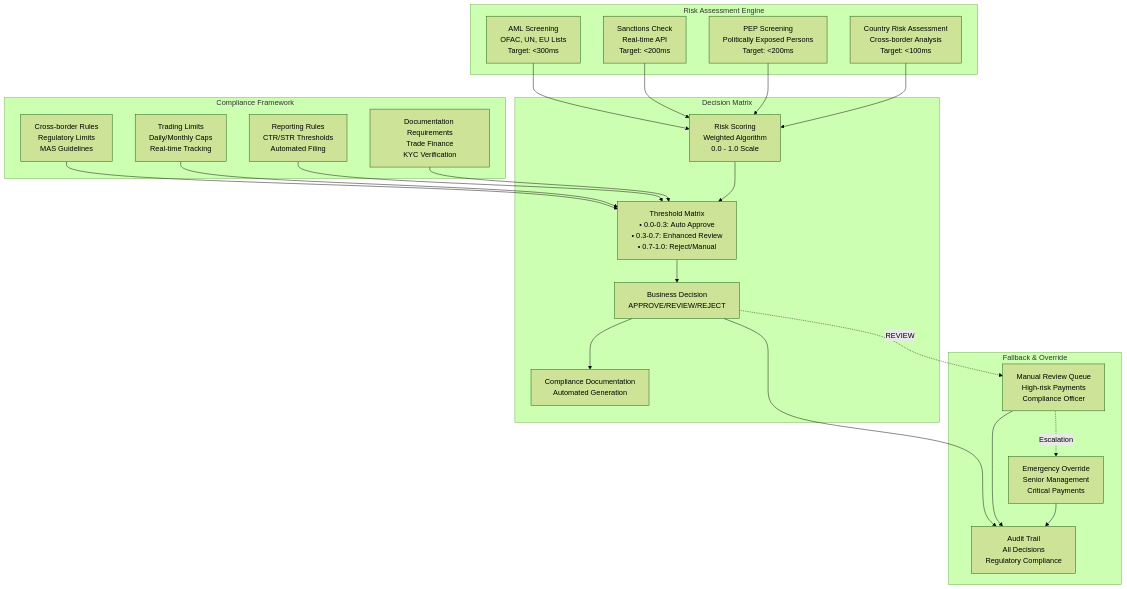
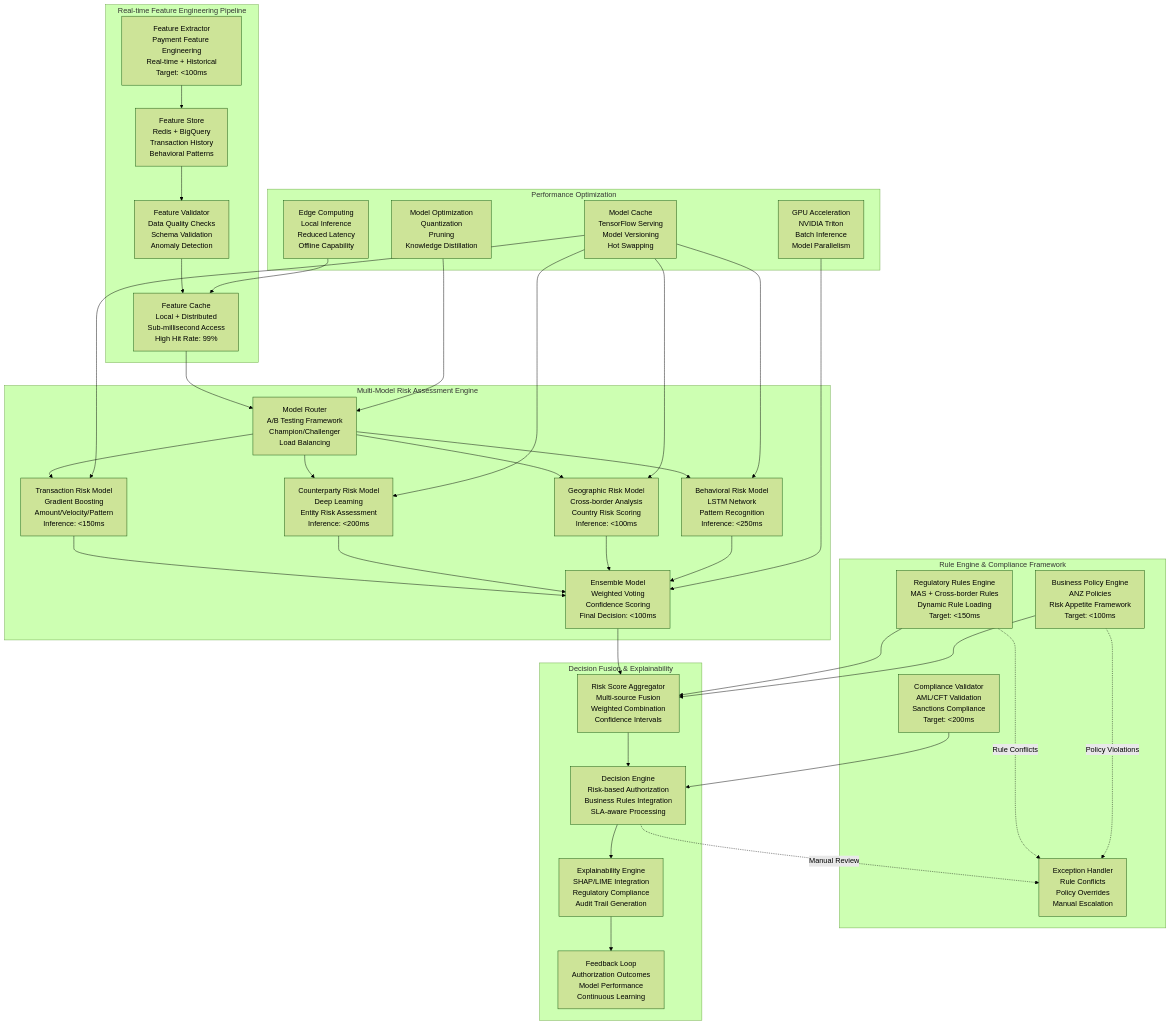
Before and after one commit to hari-p8-io/clearpathgateway: the third of 3 diagrams in docs/diagrams/FAST_OUTWARD_CLEARING_PROCESSOR_TECHNICAL_DIAGRAMS.md, drawn with Mermaid (forest theme). The commit also changed other lines of this file, not shown here.

````diff
--- a/docs/diagrams/FAST_OUTWARD_CLEARING_PROCESSOR_TECHNICAL_DIAGRAMS.md
+++ b/docs/diagrams/FAST_OUTWARD_CLEARING_PROCESSOR_TECHNICAL_DIAGRAMS.md
@@ -555,49 +1148,78 @@
 ```mermaid
 graph TB
-    subgraph "Risk Assessment Engine"
-        AMLScreening[AML Screening<br/>OFAC, UN, EU Lists<br/>Target: <300ms]
-        SanctionsCheck[Sanctions Check<br/>Real-time API<br/>Target: <200ms]
-        PEPScreening[PEP Screening<br/>Politically Exposed Persons<br/>Target: <200ms]
-        CountryRisk[Country Risk Assessment<br/>Cross-border Analysis<br/>Target: <100ms]
+    subgraph "Real-time Feature Engineering Pipeline"
+        FeatureExtractor[Feature Extractor<br/>Payment Feature Engineering<br/>Real-time + Historical<br/>Target: <100ms]
+        FeatureStore[Feature Store<br/>Redis + BigQuery<br/>Transaction History<br/>Behavioral Patterns]
+        FeatureValidator[Feature Validator<br/>Data Quality Checks<br/>Schema Validation<br/>Anomaly Detection]
+        FeatureCache[Feature Cache<br/>Local + Distributed<br/>Sub-millisecond Access<br/>High Hit Rate: 99%]
     end
     
-    subgraph "Compliance Framework"
-        CrossBorderRules[Cross-border Rules<br/>Regulatory Limits<br/>MAS Guidelines]
-        TradingLimits[Trading Limits<br/>Daily/Monthly Caps<br/>Real-time Tracking]
-        ReportingRules[Reporting Rules<br/>CTR/STR Thresholds<br/>Automated Filing]
-        DocumentationReqs[Documentation Requirements<br/>Trade Finance<br/>KYC Verification]
+    subgraph "Multi-Model Risk Assessment Engine"
+        ModelRouter[Model Router<br/>A/B Testing Framework<br/>Champion/Challenger<br/>Load Balancing]
+        TransactionRiskModel[Transaction Risk Model<br/>Gradient Boosting<br/>Amount/Velocity/Pattern<br/>Inference: <150ms]
+        CounterpartyRiskModel[Counterparty Risk Model<br/>Deep Learning<br/>Entity Risk Assessment<br/>Inference: <200ms]
+        GeographicRiskModel[Geographic Risk Model<br/>Cross-border Analysis<br/>Country Risk Scoring<br/>Inference: <100ms]
+        BehavioralRiskModel[Behavioral Risk Model<br/>LSTM Network<br/>Pattern Recognition<br/>Inference: <250ms]
+        EnsembleModel[Ensemble Model<br/>Weighted Voting<br/>Confidence Scoring<br/>Final Decision: <100ms]
     end
     
-    subgraph "Decision Matrix"
-        RiskScoring[Risk Scoring<br/>Weighted Algorithm<br/>0.0 - 1.0 Scale]
-        ThresholdMatrix[Threshold Matrix<br/>• 0.0-0.3: Auto Approve<br/>• 0.3-0.7: Enhanced Review<br/>• 0.7-1.0: Reject/Manual]
-        BusinessDecision[Business Decision<br/>APPROVE/REVIEW/REJECT]
-        ComplianceDocGen[Compliance Documentation<br/>Automated Generation]
+    subgraph "Rule Engine & Compliance Framework"
+        RegulatoryRulesEngine[Regulatory Rules Engine<br/>MAS + Cross-border Rules<br/>Dynamic Rule Loading<br/>Target: <150ms]
+        BusinessPolicyEngine[Business Policy Engine<br/>ANZ Policies<br/>Risk Appetite Framework<br/>Target: <100ms]
+        ComplianceValidator[Compliance Validator<br/>AML/CFT Validation<br/>Sanctions Compliance<br/>Target: <200ms]
+        ExceptionHandler[Exception Handler<br/>Rule Conflicts<br/>Policy Overrides<br/>Manual Escalation]
     end
     
-    subgraph "Fallback & Override"
-        ManualReview[Manual Review Queue<br/>High-risk Payments<br/>Compliance Officer]
-        EmergencyOverride[Emergency Override<br/>Senior Management<br/>Critical Payments]
-        AuditTrail[Audit Trail<br/>All Decisions<br/>Regulatory Compliance]
+    subgraph "Decision Fusion & Explainability"
+        RiskScoreAggregator[Risk Score Aggregator<br/>Multi-source Fusion<br/>Weighted Combination<br/>Confidence Intervals]
+        DecisionEngine[Decision Engine<br/>Risk-based Authorization<br/>Business Rules Integration<br/>SLA-aware Processing]
+        ExplainabilityEngine[Explainability Engine<br/>SHAP/LIME Integration<br/>Regulatory Compliance<br/>Audit Trail Generation]
+        FeedbackLoop[Feedback Loop<br/>Authorization Outcomes<br/>Model Performance<br/>Continuous Learning]
     end
     
-    AMLScreening --> RiskScoring
-    SanctionsCheck --> RiskScoring
-    PEPScreening --> RiskScoring
-    CountryRisk --> RiskScoring
+    subgraph "Performance Optimization"
+        ModelCache[Model Cache<br/>TensorFlow Serving<br/>Model Versioning<br/>Hot Swapping]
+        GPUAcceleration[GPU Acceleration<br/>NVIDIA Triton<br/>Batch Inference<br/>Model Parallelism]
+        EdgeComputing[Edge Computing<br/>Local Inference<br/>Reduced Latency<br/>Offline Capability]
+        ModelOptimization[Model Optimization<br/>Quantization<br/>Pruning<br/>Knowledge Distillation]
+    end
     
-    CrossBorderRules --> ThresholdMatrix
-    TradingLimits --> ThresholdMatrix
-    ReportingRules --> ThresholdMatrix
-    DocumentationReqs --> ThresholdMatrix
+    FeatureExtractor --> FeatureStore
+    FeatureStore --> FeatureValidator
+    FeatureValidator --> FeatureCache
     
-    RiskScoring --> ThresholdMatrix
-    ThresholdMatrix --> BusinessDecision
-    BusinessDecision --> ComplianceDocGen
+    FeatureCache --> ModelRouter
+    ModelRouter --> TransactionRiskModel
+    ModelRouter --> CounterpartyRiskModel
+    ModelRouter --> GeographicRiskModel
+    ModelRouter --> BehavioralRiskModel
     
-    BusinessDecision -.->|REVIEW| ManualReview
-    ManualReview -.->|Escalation| EmergencyOverride
-    BusinessDecision --> AuditTrail
-    ManualReview --> AuditTrail
-    EmergencyOverride --> AuditTrail
+    TransactionRiskModel --> EnsembleModel
+    CounterpartyRiskModel --> EnsembleModel
+    GeographicRiskModel --> EnsembleModel
+    BehavioralRiskModel --> EnsembleModel
+    
+    EnsembleModel --> RiskScoreAggregator
+    RegulatoryRulesEngine --> RiskScoreAggregator
+    BusinessPolicyEngine --> RiskScoreAggregator
+    ComplianceValidator --> DecisionEngine
+    
+    RiskScoreAggregator --> DecisionEngine
+    DecisionEngine --> ExplainabilityEngine
+    ExplainabilityEngine --> FeedbackLoop
+    
+    %% Performance Optimization Integration
+    ModelCache --> TransactionRiskModel
+    ModelCache --> CounterpartyRiskModel
+    ModelCache --> GeographicRiskModel
+    ModelCache --> BehavioralRiskModel
+    
+    GPUAcceleration --> EnsembleModel
+    EdgeComputing --> FeatureCache
+    ModelOptimization --> ModelRouter
+    
+    %% Exception Handling
+    RegulatoryRulesEngine -.->|Rule Conflicts| ExceptionHandler
+    BusinessPolicyEngine -.->|Policy Violations| ExceptionHandler
+    DecisionEngine -.->|Manual Review| ExceptionHandler
 ```
````
